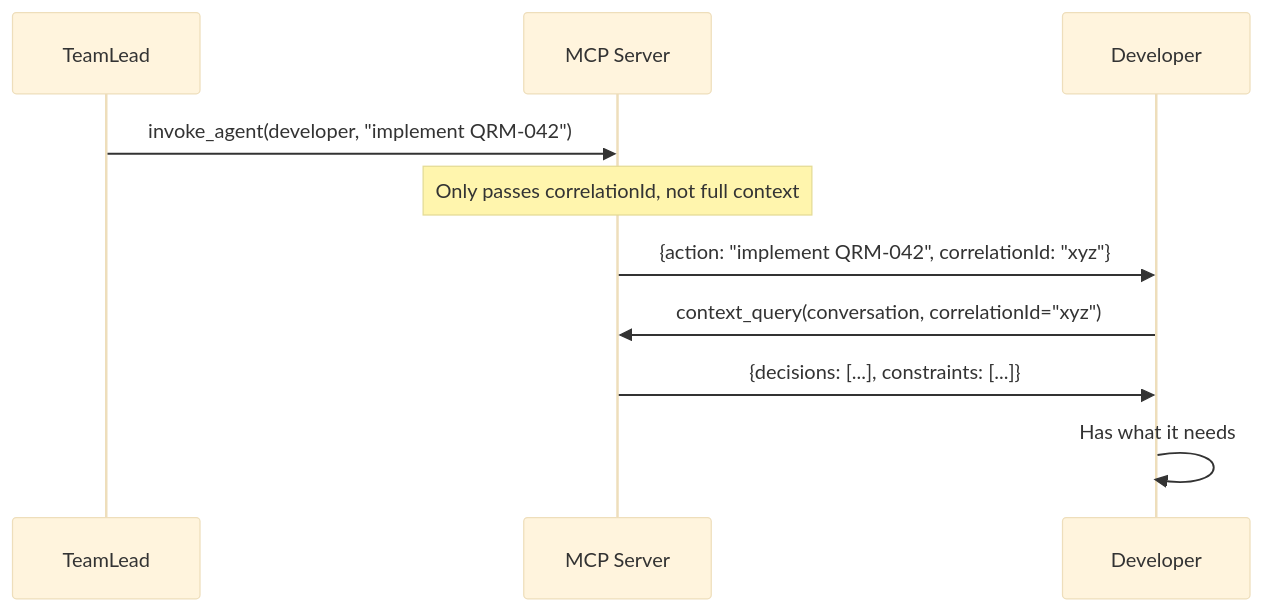
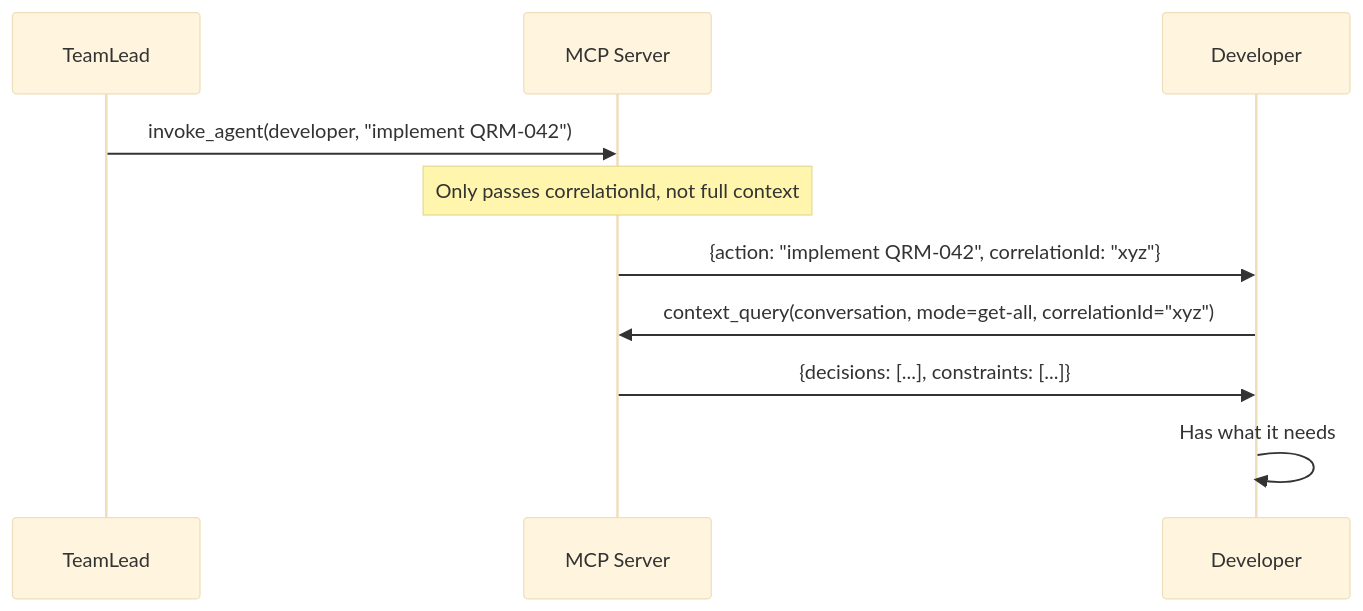
The third of 4 diagrams in docs/context-management.md (ia64mail/quorum), drawn with Mermaid (base theme) before and after one commit. The commit also changed other lines of this file and 3 other files, not shown here.

````diff
--- a/docs/context-management.md
+++ b/docs/context-management.md
@@ -401,14 +256,14 @@
 ```mermaid
 sequenceDiagram
     participant TL as TeamLead
     participant MCP as MCP Server
     participant D as Developer
 
     TL->>MCP: invoke_agent(developer, "implement QRM-042")
     Note over MCP: Only passes correlationId, not full context
 
     MCP->>D: {action: "implement QRM-042", correlationId: "xyz"}
-    D->>MCP: context_query(conversation, correlationId="xyz")
+    D->>MCP: context_query(conversation, mode=get-all, correlationId="xyz")
     MCP->>D: {decisions: [...], constraints: [...]}
     D->>D: Has what it needs
 ```
````
